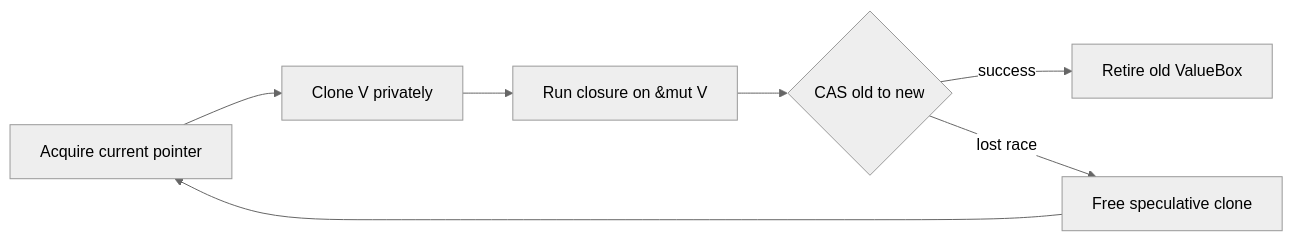
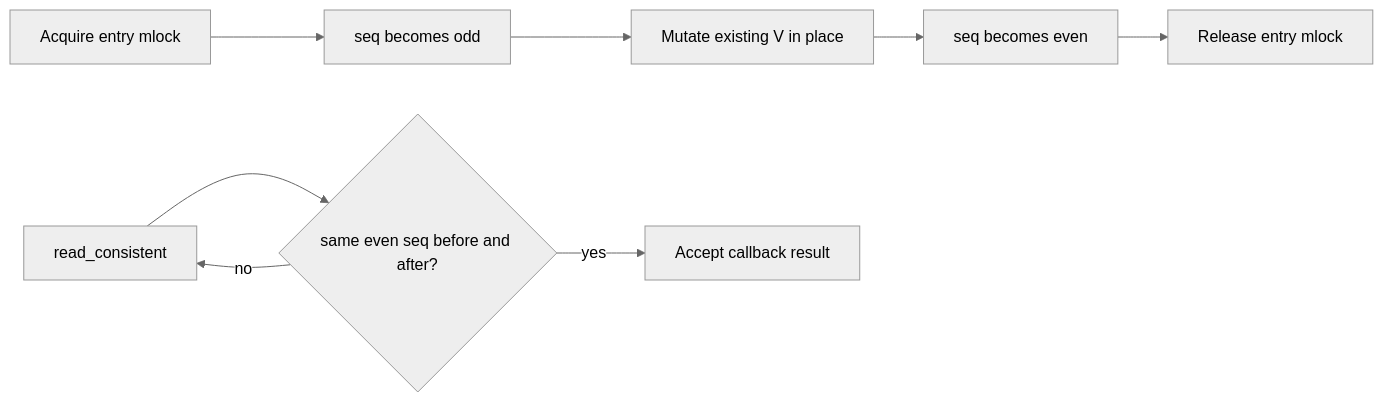
Diagram 12 of 16 in src/content/blogs/custom-concurrent-hashmap-rust.mdx (Rana718/portfolio), drawn with Mermaid (neutral theme) before and after one commit. The commit also changed other lines of this file, not shown here.

````diff
--- a/src/content/blogs/custom-concurrent-hashmap-rust.mdx
+++ b/src/content/blogs/custom-concurrent-hashmap-rust.mdx
@@ -473,9 +491,10 @@
 ```mermaid
 flowchart LR
-    LOAD["Acquire current pointer"] --> CLONE["Clone V privately"]
-    CLONE --> MUTATE["Run closure on &mut V"]
-    MUTATE --> CAS{"CAS old to new"}
-    CAS -->|success| RETIRE["Retire old ValueBox"]
-    CAS -->|lost race| FREE["Free speculative clone"]
-    FREE --> LOAD
+    LOCK["Acquire entry mlock"] --> ODD["seq becomes odd"]
+    ODD --> MUTATE["Mutate existing V in place"]
+    MUTATE --> EVEN["seq becomes even"]
+    EVEN --> UNLOCK["Release entry mlock"]
+    READ["read_consistent"] --> CHECK{"same even seq before and after?"}
+    CHECK -->|yes| ACCEPT["Accept callback result"]
+    CHECK -->|no| READ
 ```
````
